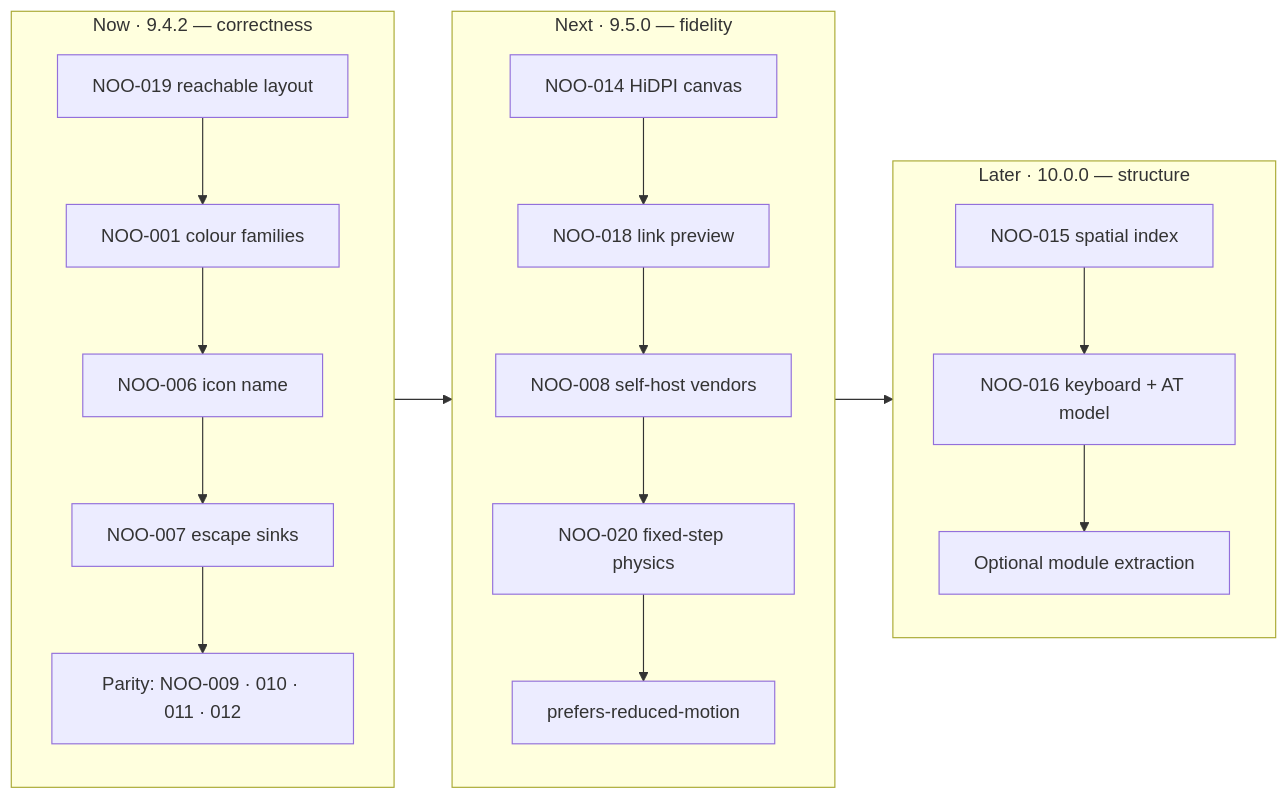
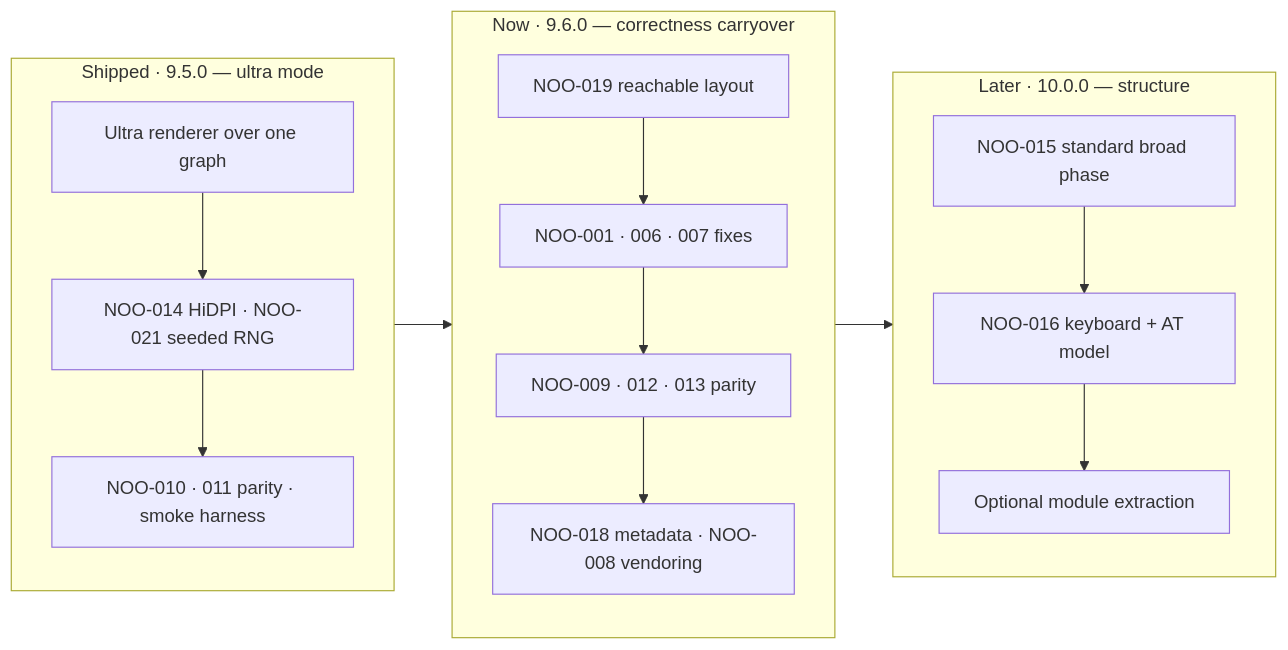
The diagram in README.md (zazieproductions/Prometheus-Noosphere-v9.4), drawn with Mermaid before and after one commit. The commit also changed other lines of this file and 22 other files, not shown here.

````diff
--- a/README.md
+++ b/README.md
@@ -308,20 +330,17 @@
 ```mermaid
 flowchart LR
-    subgraph NOW["Now · 9.4.2 — correctness"]
-      A["NOO-019 reachable layout"] --> B["NOO-001 colour families"]
-      B --> C["NOO-006 icon name"]
-      C --> D["NOO-007 escape sinks"]
-      D --> E["Parity: NOO-009 · 010 · 011 · 012"]
+    subgraph SHIPPED["Shipped · 9.5.0 — ultra mode"]
+      A["Ultra renderer over one graph"] --> B["NOO-014 HiDPI · NOO-021 seeded RNG"]
+      B --> C["NOO-010 · 011 parity · smoke harness"]
     end
-    subgraph NEXT["Next · 9.5.0 — fidelity"]
-      F["NOO-014 HiDPI canvas"] --> G["NOO-018 link preview"]
-      G --> H["NOO-008 self-host vendors"]
-      H --> I["NOO-020 fixed-step physics"]
-      I --> J["prefers-reduced-motion"]
+    subgraph NOW["Now · 9.6.0 — correctness carryover"]
+      D["NOO-019 reachable layout"] --> E["NOO-001 · 006 · 007 fixes"]
+      E --> F["NOO-009 · 012 · 013 parity"]
+      F --> G["NOO-018 metadata · NOO-008 vendoring"]
     end
     subgraph LATER["Later · 10.0.0 — structure"]
-      K["NOO-015 spatial index"] --> L["NOO-016 keyboard + AT model"]
-      L --> M["Optional module extraction"]
+      H["NOO-015 standard broad phase"] --> I["NOO-016 keyboard + AT model"]
+      I --> J["Optional module extraction"]
     end
-    NOW --> NEXT --> LATER
+    SHIPPED --> NOW --> LATER
 ```
````
